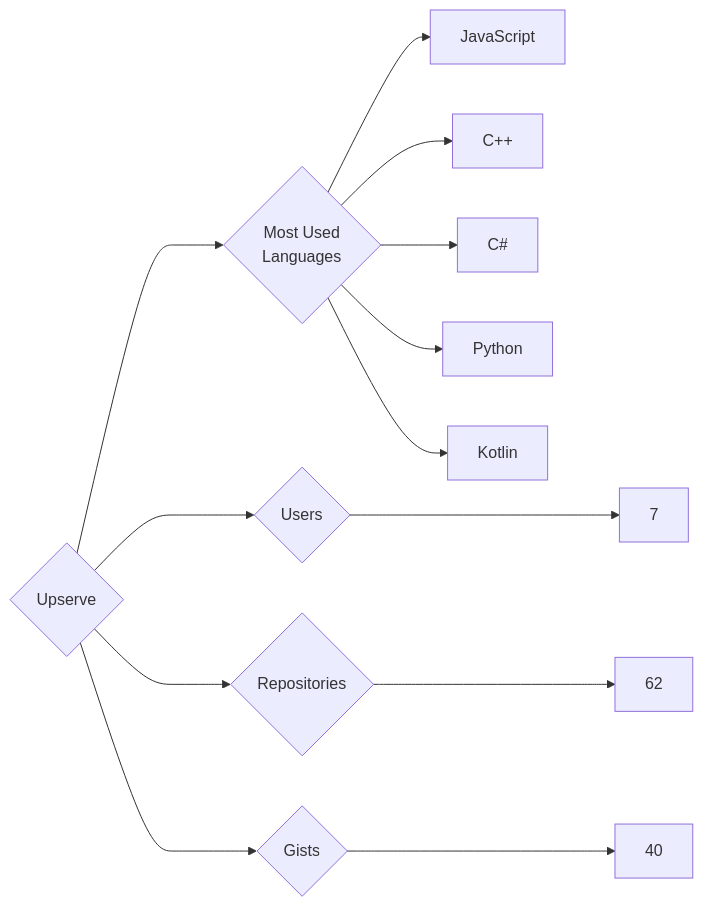
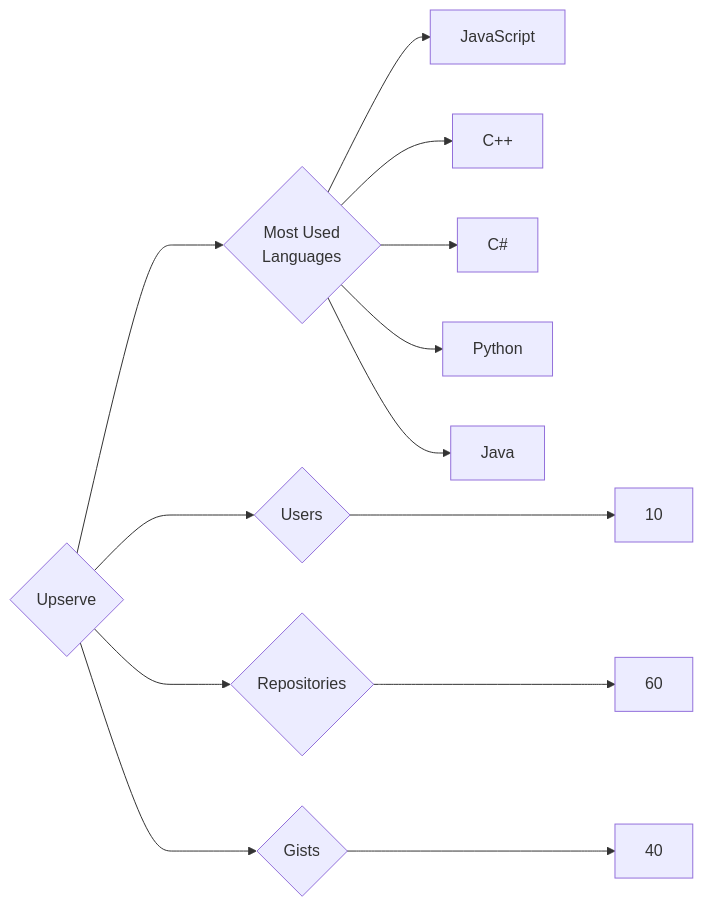
Before and after one commit to trickest/insiders: the diagram in targets/Upserve/README.md, drawn with Mermaid. The commit also changed 953 other files, not shown here.

````diff
--- a/targets/Upserve/README.md
+++ b/targets/Upserve/README.md
@@ -3,13 +3,13 @@
 ```mermaid
 graph LR
 COMPANY_NAME{Upserve}
-COMPANY_NAME ---> U{Users} ---> UN[7]
-COMPANY_NAME ---> R{Repositories} ---> RN[62]
+COMPANY_NAME ---> U{Users} ---> UN[10]
+COMPANY_NAME ---> R{Repositories} ---> RN[60]
 COMPANY_NAME ---> G{Gists} ---> GN[40]
 COMPANY_NAME ---> ML{Most Used<br>Languages}
 ML --> JavaScript[JavaScript]
 ML --> C++[C++]
 ML --> C#[C#]
 ML --> Python[Python]
-ML --> Kotlin[Kotlin]
+ML --> Java[Java]
 ```
````
